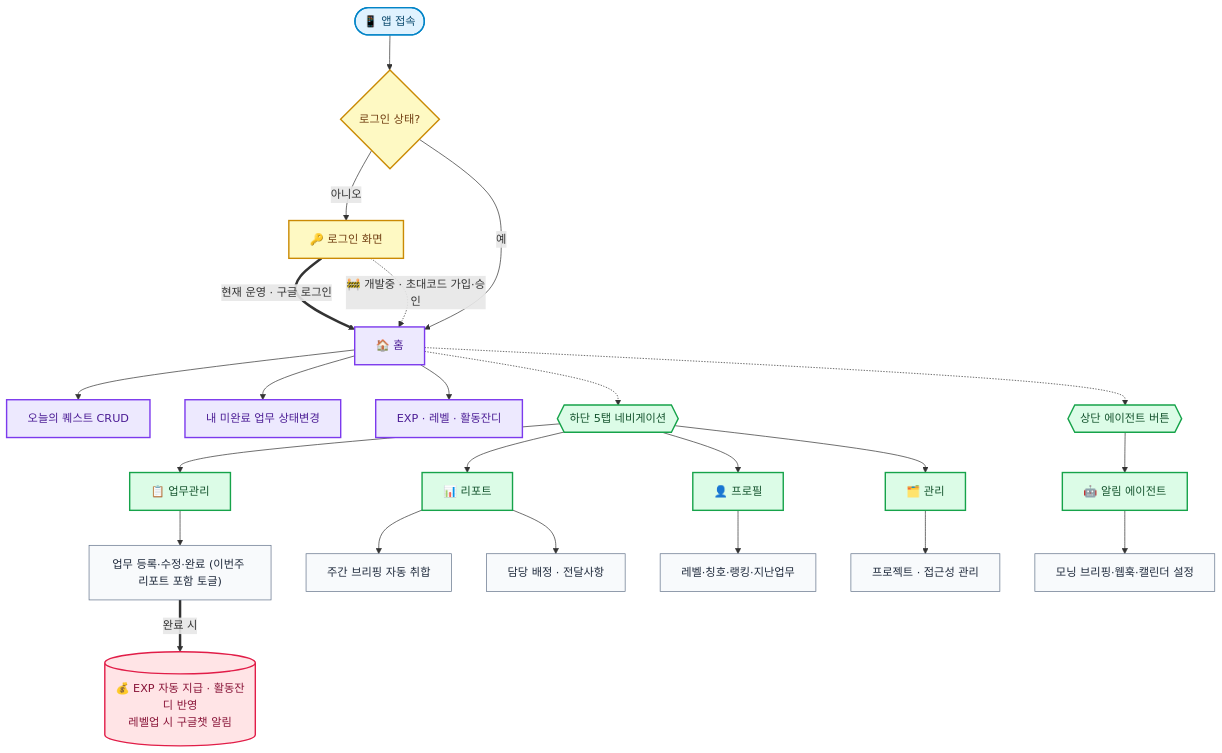
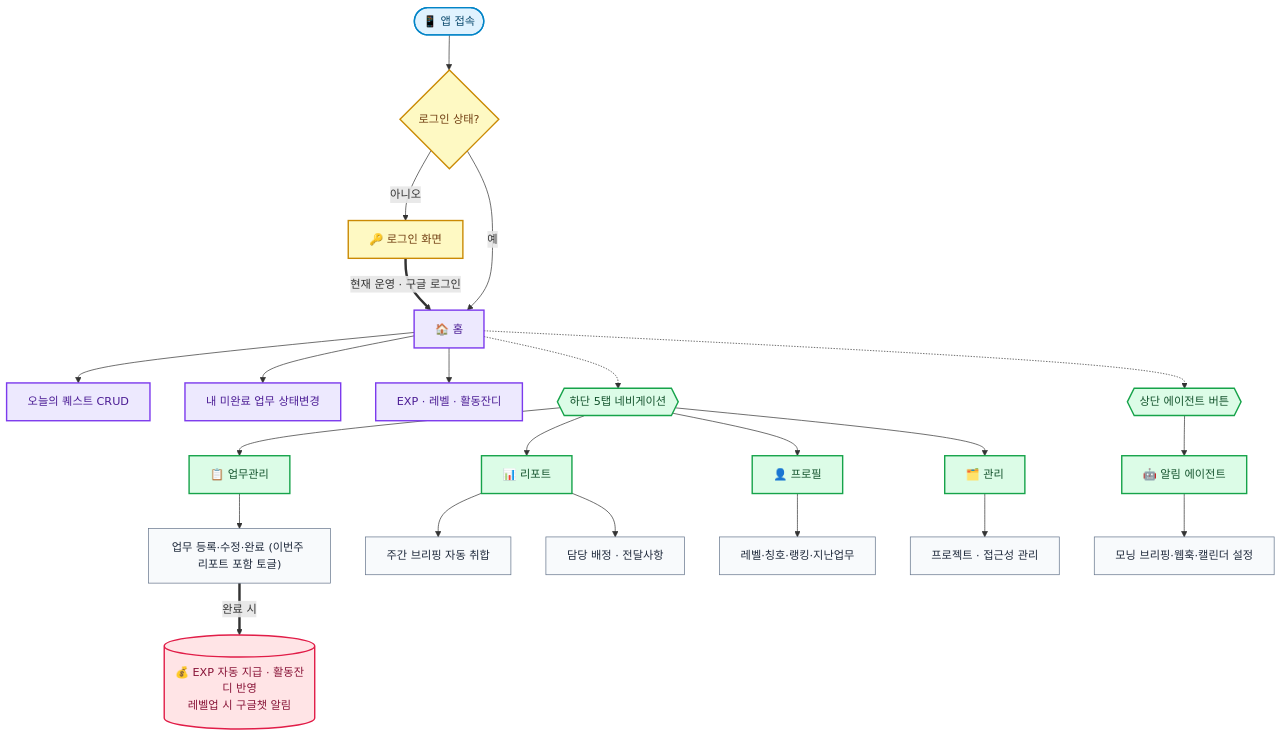
One commit to poseybutter/project-alarm-service changed the first of 4 diagrams in README.md. Above: the diagram before and after it, drawn with Mermaid. The commit also changed other lines of this file and 47 other files, not shown here.

````diff
--- a/README.md
+++ b/README.md
@@ -19,43 +19,42 @@
 ```mermaid
 flowchart TD
     Start(["📱 앱 접속"]) --> Authed{"로그인 상태?"}
     Authed -->|"아니오"| Login["🔑 로그인 화면"]
     Login ==>|"현재 운영 · 구글 로그인"| Home
-    Login -.->|"🚧 개발중 · 초대코드 가입·승인"| Home
     Authed -->|"예"| Home
 
     Home["🏠 홈"]
     Home --> H1["오늘의 퀘스트 CRUD"]
     Home --> H2["내 미완료 업무 상태변경"]
     Home --> H3["EXP · 레벨 · 활동잔디"]
 
     Home -.-> Nav{{"하단 5탭 네비게이션"}}
     Home -.-> AgentBtn{{"상단 에이전트 버튼"}}
     Nav --> Tasks["📋 업무관리"]
     Nav --> Report["📊 리포트"]
     Nav --> Profile["👤 프로필"]
     Nav --> Manage["🗂️ 관리"]
     AgentBtn --> Agents["🤖 알림 에이전트"]
 
     Tasks --> T1["업무 등록·수정·완료 (이번주 리포트 포함 토글)"]
     T1 ==>|"완료 시"| Exp[("💰 EXP 자동 지급 · 활동잔디 반영<br/>레벨업 시 구글챗 알림")]
     Report --> R1["주간 브리핑 자동 취합"]
     Report --> R2["담당 배정 · 전달사항"]
     Profile --> P1["레벨·칭호·랭킹·지난업무"]
     Manage --> M1["프로젝트 · 접근성 관리"]
     Agents --> A1["모닝 브리핑·웹훅·캘린더 설정"]
 
     classDef entry fill:#e0f2fe,stroke:#0284c7,color:#0c4a6e,stroke-width:2px;
     classDef auth fill:#fef9c3,stroke:#ca8a04,color:#713f12,stroke-width:2px;
     classDef home fill:#ede9fe,stroke:#7c3aed,color:#4c1d95,stroke-width:2px;
     classDef tab fill:#dcfce7,stroke:#16a34a,color:#14532d,stroke-width:2px;
     classDef reward fill:#ffe4e6,stroke:#e11d48,color:#881337,stroke-width:2px;
     classDef feat fill:#f8fafc,stroke:#64748b,color:#1e293b;
 
     class Start entry;
     class Login,Authed auth;
     class Home,H1,H2,H3 home;
     class Nav,AgentBtn,Tasks,Report,Profile,Manage,Agents tab;
     class Exp reward;
     class T1,R1,R2,P1,M1,A1 feat;
 ```
````
